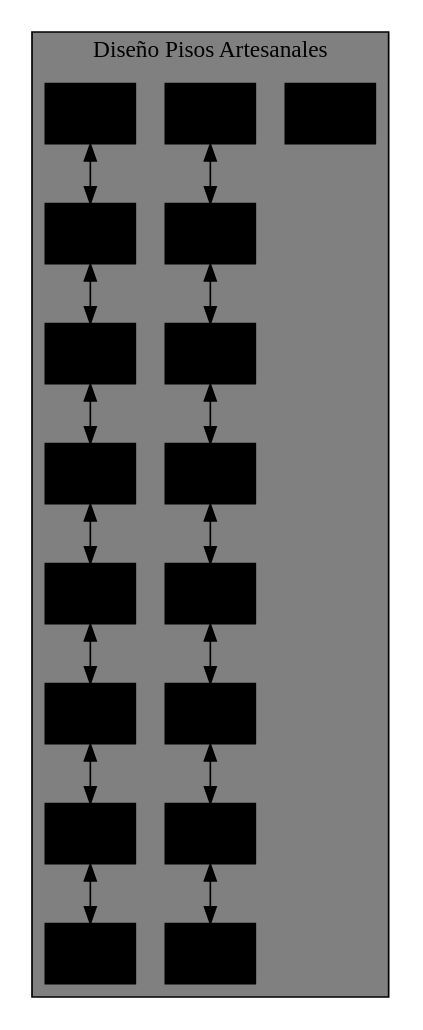
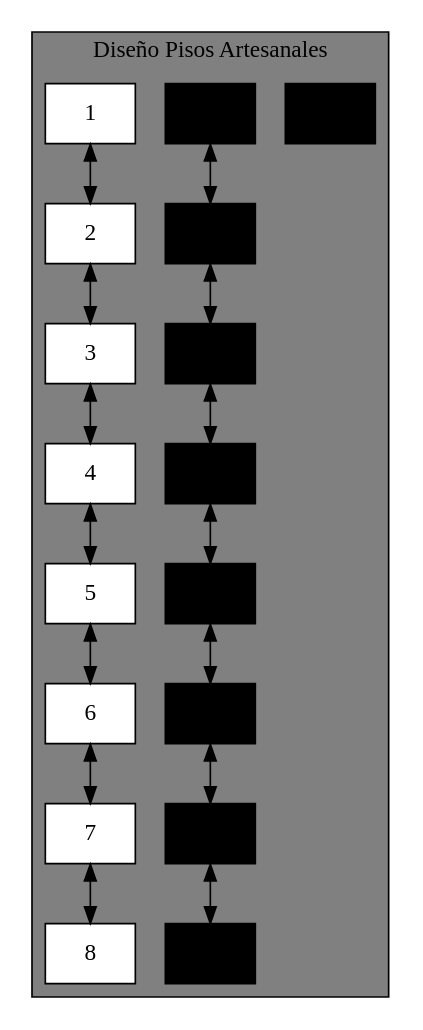
The diagram in CÓDIGO PROYECTO/DIAGRAMAS.DOT (LindaQuelex/IPC2_Proyecto1_201403745), drawn with Graphviz before and after one commit. The commit also changed 2 other files, not shown here.

```diff
--- a/CÓDIGO PROYECTO/DIAGRAMAS.DOT
+++ b/CÓDIGO PROYECTO/DIAGRAMAS.DOT
@@ -1,50 +1,50 @@
  digraph Diseño{
     node[shape=box fillcolor="FFEDBB" style=filled]
        
     subgraph cluster_p{
          label="Diseño Pisos Artesanales"
          bgcolor= "gray"
          raiz[label="0;0"]
         edge[dir="both"]
         Fila1[label="1", group =1];
         Fila2[label="2", group =1];
         Fila3[label="3", group =1];
         Fila4[label="4", group =1];
         Fila5[label="5", group =1];
         Fila6[label="6", group =1];
         Fila7[label="7", group =1];
         Fila8[label="8", group =1];
 
         Fila1 -> Fila2;
         Fila2 -> Fila3;
         Fila3 -> Fila4;
         Fila4 -> Fila5;
         Fila5 -> Fila6;
         Fila6 -> Fila7;
         Fila7 -> Fila8;
 
-        Columna1[label="1", group =1];
-        Columna2[label="2", group =2];
-        Columna3[label="3", group =3];
-        Columna4[label="4", group =4];
-        Columna5[label="5", group =5];
-        Columna6[label="6", group =6];
-        Columna7[label="7", group =7];
-        Columna8[label="8", group =8];
+        Columna1[label="1", group =1, fillcolor=white];
+        Columna2[label="2", group =2, fillcolor=white];
+        Columna3[label="3", group =3, fillcolor=white];
+        Columna4[label="4", group =4, fillcolor=white];
+        Columna5[label="5", group =5, fillcolor=white];
+        Columna6[label="6", group =6, fillcolor=white];
+        Columna7[label="7", group =7, fillcolor=white];
+        Columna8[label="8", group =8, fillcolor=white];
 
         Columna1 -> Columna2;
         Columna2 -> Columna3;
         Columna3 -> Columna4;
         Columna4 -> Columna5;
         Columna5 -> Columna6;
         Columna6 -> Columna7;
         Columna7 -> Columna8;
 
 
 
 
 
 
 
     }
 }
```
